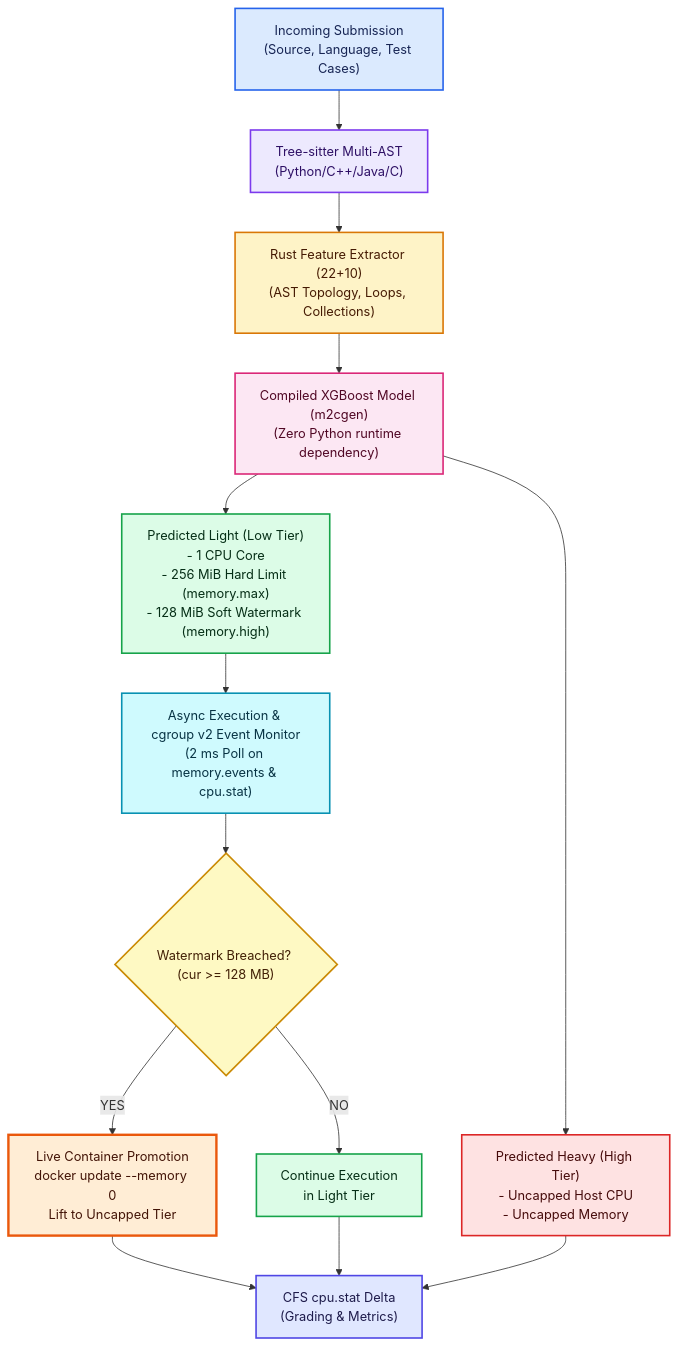
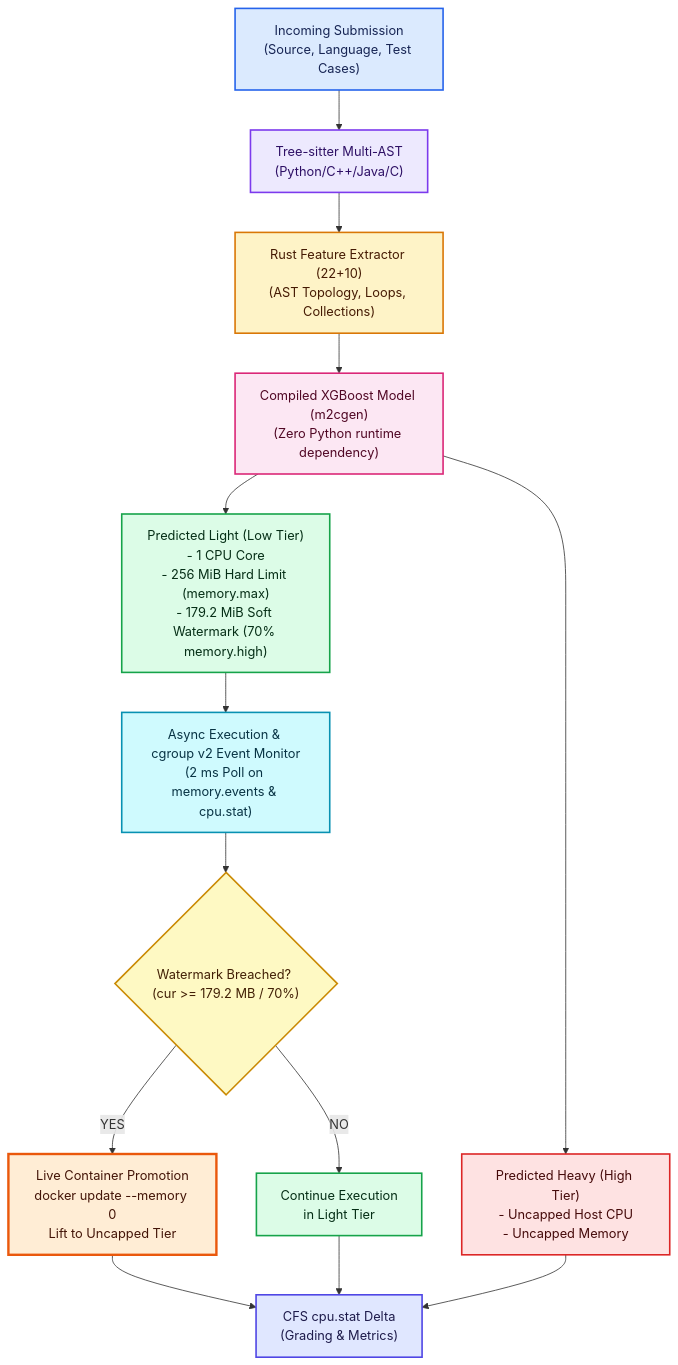
The diagram in docs/ARCHITECTURE.md (Hemanthkumar2k04/RAAS-OCJS), drawn with Mermaid before and after one commit. The commit also changed other lines of this file and 21 other files, not shown here.

````diff
--- a/docs/ARCHITECTURE.md
+++ b/docs/ARCHITECTURE.md
@@ -16,41 +16,41 @@
 ```mermaid
 flowchart TD
     A["Incoming Submission<br/>(Source, Language, Test Cases)"]:::input
 
     B["Tree-sitter Multi-AST<br/>(Python/C++/Java/C)"]:::parser
 
     C["Rust Feature Extractor (22+10)<br/>(AST Topology, Loops, Collections)"]:::processing
 
     D["Compiled XGBoost Model (m2cgen)<br/>(Zero Python runtime dependency)"]:::model
 
     A --> B --> C --> D
 
-    D --> E["Predicted Light (Low Tier)<br/>- 1 CPU Core<br/>- 256 MiB Hard Limit (memory.max)<br/>- 128 MiB Soft Watermark (memory.high)"]:::light
+    D --> E["Predicted Light (Low Tier)<br/>- 1 CPU Core<br/>- 256 MiB Hard Limit (memory.max)<br/>- 179.2 MiB Soft Watermark (70% memory.high)"]:::light
 
     D --> F["Predicted Heavy (High Tier)<br/>- Uncapped Host CPU<br/>- Uncapped Memory"]:::heavy
 
     E --> G["Async Execution & cgroup v2 Event Monitor<br/>(2 ms Poll on memory.events & cpu.stat)"]:::monitor
 
-    G --> H{"Watermark Breached? (cur >= 128 MB)"}:::decision
+    G --> H{"Watermark Breached? (cur >= 179.2 MB / 70%)"}:::decision
 
     H -->|YES| I["Live Container Promotion<br/>docker update --memory 0<br/>Lift to Uncapped Tier"]:::promotion
 
     H -->|NO| J["Continue Execution<br/>in Light Tier"]:::light
 
     I --> K["CFS cpu.stat Delta<br/>(Grading & Metrics)"]:::metrics
     J --> K
     F --> K
 
     classDef input fill:#dbeafe,stroke:#2563eb,stroke-width:2px,color:#172554
     classDef parser fill:#ede9fe,stroke:#7c3aed,stroke-width:2px,color:#2e1065
     classDef processing fill:#fef3c7,stroke:#d97706,stroke-width:2px,color:#451a03
     classDef model fill:#fce7f3,stroke:#db2777,stroke-width:2px,color:#500724
 
     classDef light fill:#dcfce7,stroke:#16a34a,stroke-width:2px,color:#052e16
     classDef heavy fill:#fee2e2,stroke:#dc2626,stroke-width:2px,color:#450a0a
 
     classDef monitor fill:#cffafe,stroke:#0891b2,stroke-width:2px,color:#083344
     classDef decision fill:#fef9c3,stroke:#ca8a04,stroke-width:2px,color:#422006
     classDef promotion fill:#ffedd5,stroke:#ea580c,stroke-width:3px,color:#431407
     classDef metrics fill:#e0e7ff,stroke:#4f46e5,stroke-width:2px,color:#1e1b4b
 ```
````
